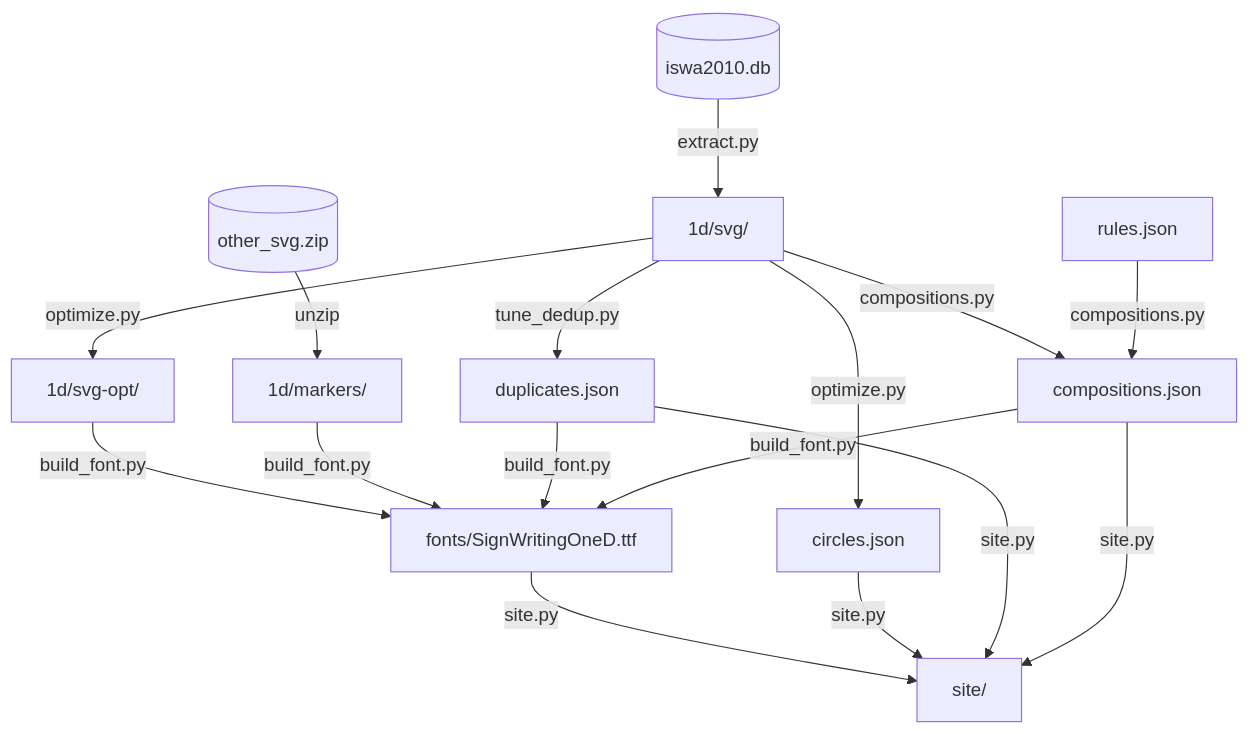
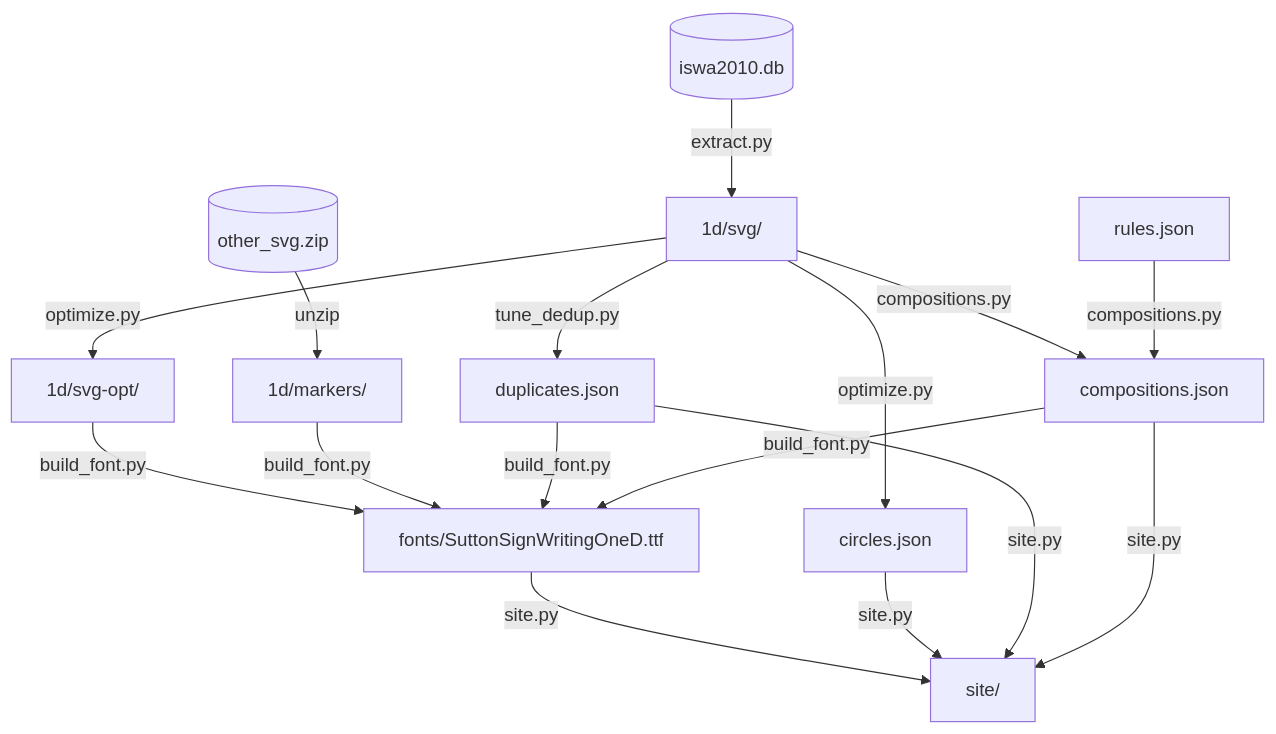
One commit to sign-language-processing/signwriting-fonts changed the diagram in signwriting_fonts/font_1d/README.md. Above: the diagram before and after it, drawn with Mermaid. The commit also changed other lines of this file and 28 other files, not shown here.

First line of the commit message:
feat(1d): build OneD/Line/Fill from font-db via shared variants pipeline (#6)

````diff
--- a/signwriting_fonts/font_1d/README.md
+++ b/signwriting_fonts/font_1d/README.md
@@ -13,21 +13,21 @@
 ```mermaid
 flowchart TD
     DB[(iswa2010.db)] -->|extract.py| SVG[1d/svg/]
     ZIP[(other_svg.zip)] -->|unzip| MARK[1d/markers/]
 
     SVG -->|optimize.py| OPT[1d/svg-opt/]
     SVG -->|optimize.py| CIRC[circles.json]
     SVG -->|tune_dedup.py| DUP[duplicates.json]
     SVG -->|compositions.py| COMP[compositions.json]
     RULES[rules.json] -->|compositions.py| COMP
 
-    OPT  -->|build_font.py| FINAL[fonts/SignWritingOneD.ttf]
+    OPT  -->|build_font.py| FINAL[fonts/SuttonSignWritingOneD.ttf]
     MARK -->|build_font.py| FINAL
     DUP  -->|build_font.py| FINAL
     COMP -->|build_font.py| FINAL
 
     FINAL -->|site.py| SITE[site/]
     CIRC -->|site.py| SITE
     DUP  -->|site.py| SITE
     COMP -->|site.py| SITE
 ```
````
